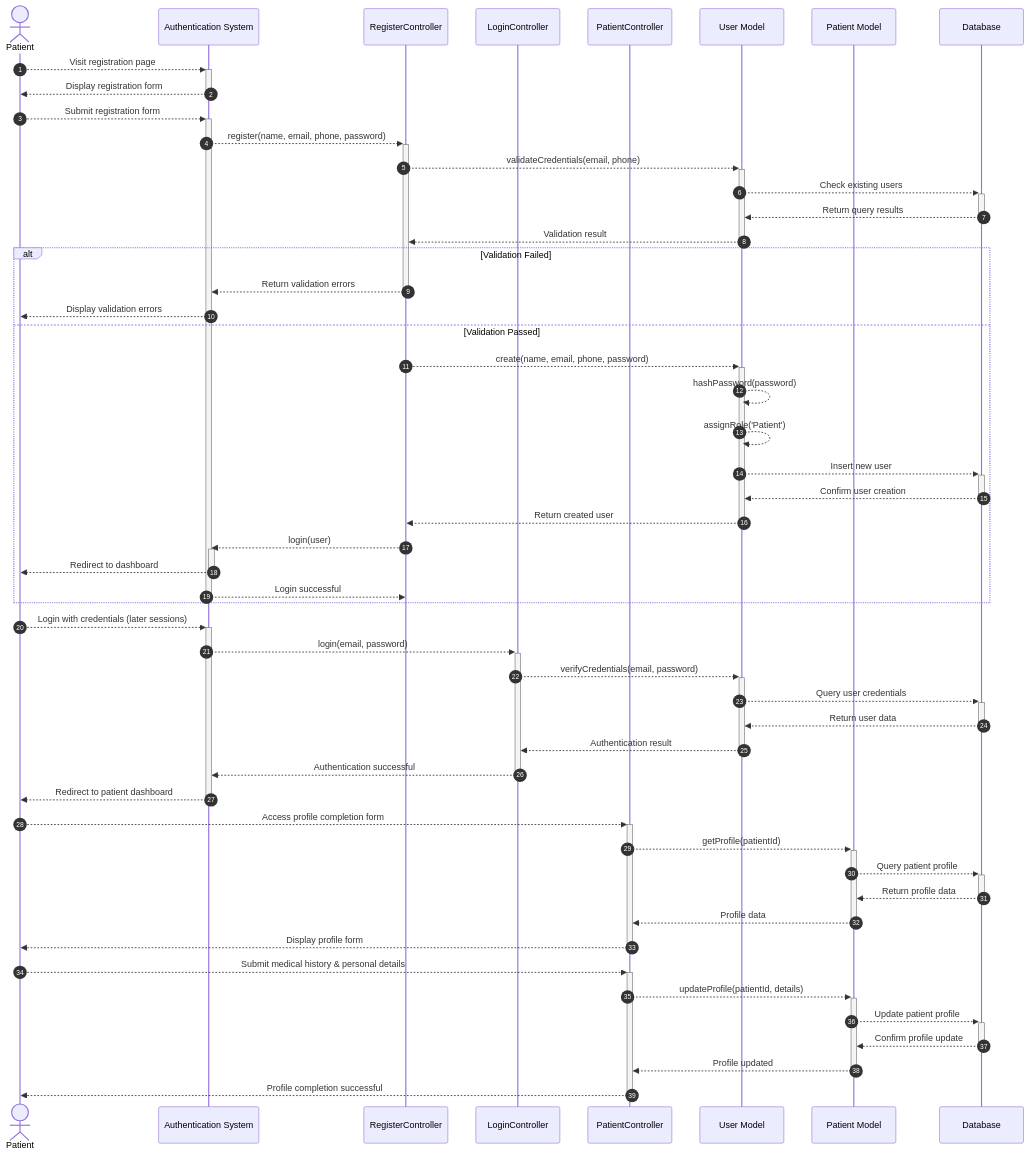
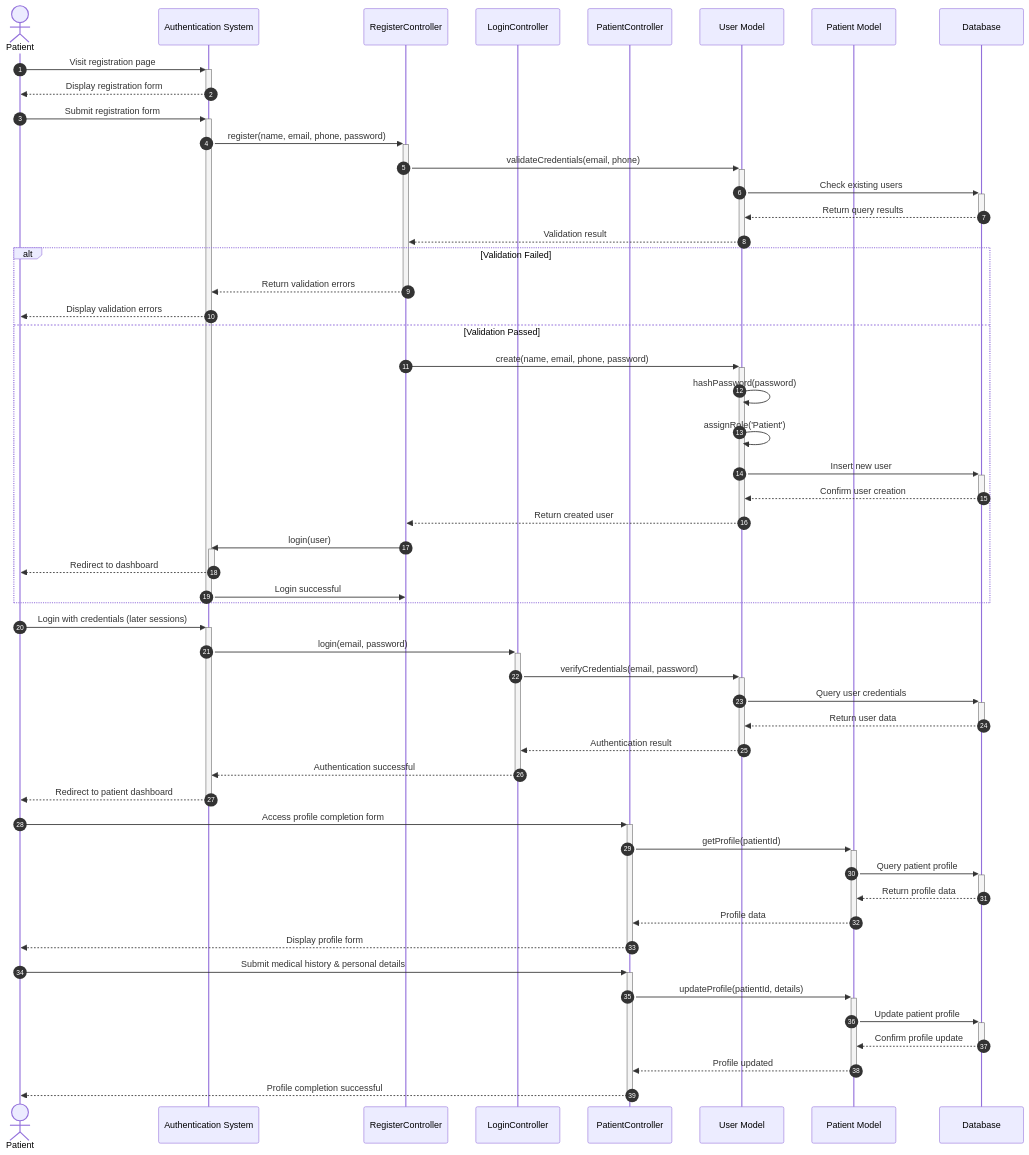
One commit to Ahmed-Makled/clinic changed the diagram in diagrams/patient_registration_sequence_diagram.md. Above: the diagram before and after it, drawn with Mermaid. The commit also changed other lines of this file and 21 other files, not shown here.

First line of the commit message:
Refactor sequence diagrams for clarity and consistency

````diff
--- a/diagrams/patient_registration_sequence_diagram.md
+++ b/diagrams/patient_registration_sequence_diagram.md
@@ -5,63 +5,63 @@
 ```mermaid
 sequenceDiagram
     autonumber
     actor Patient
     participant AuthSystem as Authentication System
     participant RegisterController
     participant LoginController
     participant PatientController
     participant User as User Model
     participant PatientModel as Patient Model
     participant Database
     
-    Patient-->>+AuthSystem: Visit registration page
+    Patient->>+AuthSystem: Visit registration page
     AuthSystem-->>-Patient: Display registration form
     
-    Patient-->>+AuthSystem: Submit registration form
-    AuthSystem-->>+RegisterController: register(name, email, phone, password)
+    Patient->>+AuthSystem: Submit registration form
+    AuthSystem->>+RegisterController: register(name, email, phone, password)
     
-    RegisterController-->>+User: validateCredentials(email, phone)
-    User-->>+Database: Check existing users
+    RegisterController->>+User: validateCredentials(email, phone)
+    User->>+Database: Check existing users
     Database-->>-User: Return query results
     User-->>-RegisterController: Validation result
     
     alt Validation Failed
         RegisterController-->>-AuthSystem: Return validation errors
         AuthSystem-->>Patient: Display validation errors
     else Validation Passed
-        RegisterController-->>+User: create(name, email, phone, password)
-        User-->>User: hashPassword(password)
-        User-->>User: assignRole('Patient')
-        User-->>+Database: Insert new user
+        RegisterController->>+User: create(name, email, phone, password)
+        User->>User: hashPassword(password)
+        User->>User: assignRole('Patient')
+        User->>+Database: Insert new user
         Database-->>-User: Confirm user creation
         User-->>-RegisterController: Return created user
         
-        RegisterController-->>+AuthSystem: login(user)
+        RegisterController->>+AuthSystem: login(user)
         AuthSystem-->>-Patient: Redirect to dashboard
-        AuthSystem-->>-RegisterController: Login successful
+        AuthSystem->>-RegisterController: Login successful
     end
     
-    Patient-->>+AuthSystem: Login with credentials (later sessions)
-    AuthSystem-->>+LoginController: login(email, password)
-    LoginController-->>+User: verifyCredentials(email, password)
-    User-->>+Database: Query user credentials
+    Patient->>+AuthSystem: Login with credentials (later sessions)
+    AuthSystem->>+LoginController: login(email, password)
+    LoginController->>+User: verifyCredentials(email, password)
+    User->>+Database: Query user credentials
     Database-->>-User: Return user data
     User-->>-LoginController: Authentication result
     LoginController-->>-AuthSystem: Authentication successful
     AuthSystem-->>-Patient: Redirect to patient dashboard
     
-    Patient-->>+PatientController: Access profile completion form
-    PatientController-->>+PatientModel: getProfile(patientId)
-    PatientModel-->>+Database: Query patient profile
+    Patient->>+PatientController: Access profile completion form
+    PatientController->>+PatientModel: getProfile(patientId)
+    PatientModel->>+Database: Query patient profile
     Database-->>-PatientModel: Return profile data
     PatientModel-->>-PatientController: Profile data
     PatientController-->>-Patient: Display profile form
     
-    Patient-->>+PatientController: Submit medical history & personal details
-    PatientController-->>+PatientModel: updateProfile(patientId, details)
-    PatientModel-->>+Database: Update patient profile
+    Patient->>+PatientController: Submit medical history & personal details
+    PatientController->>+PatientModel: updateProfile(patientId, details)
+    PatientModel->>+Database: Update patient profile
     Database-->>-PatientModel: Confirm profile update
     PatientModel-->>-PatientController: Profile updated
     PatientController-->>-Patient: Profile completion successful
     
 ```
````
